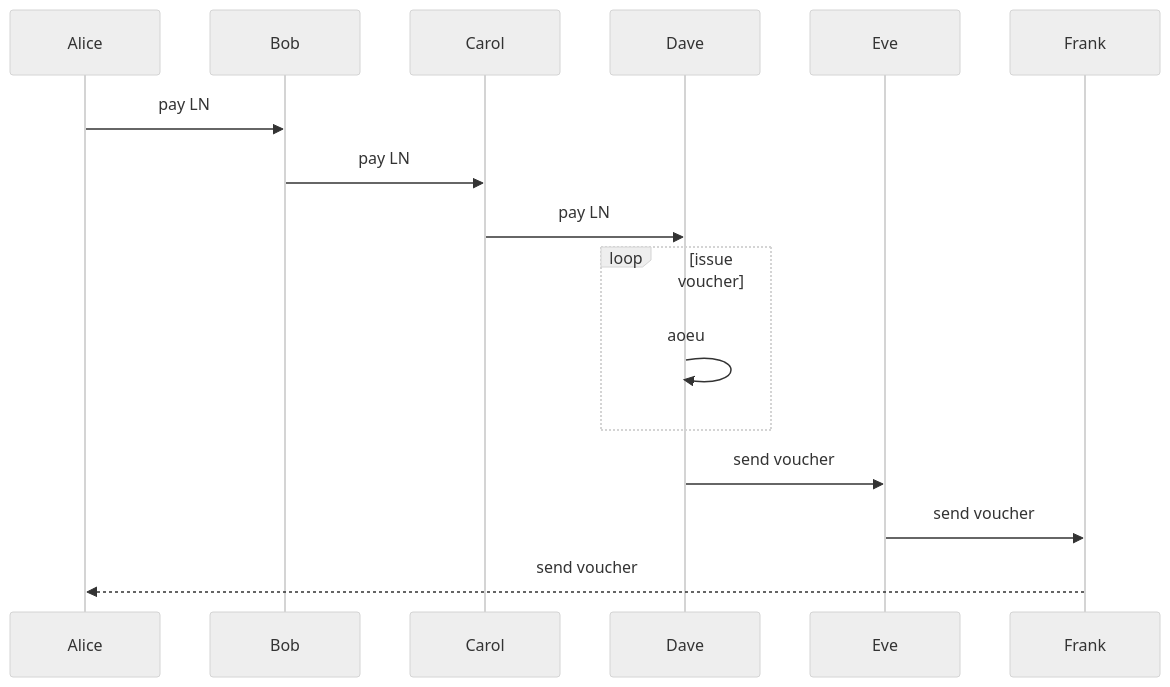
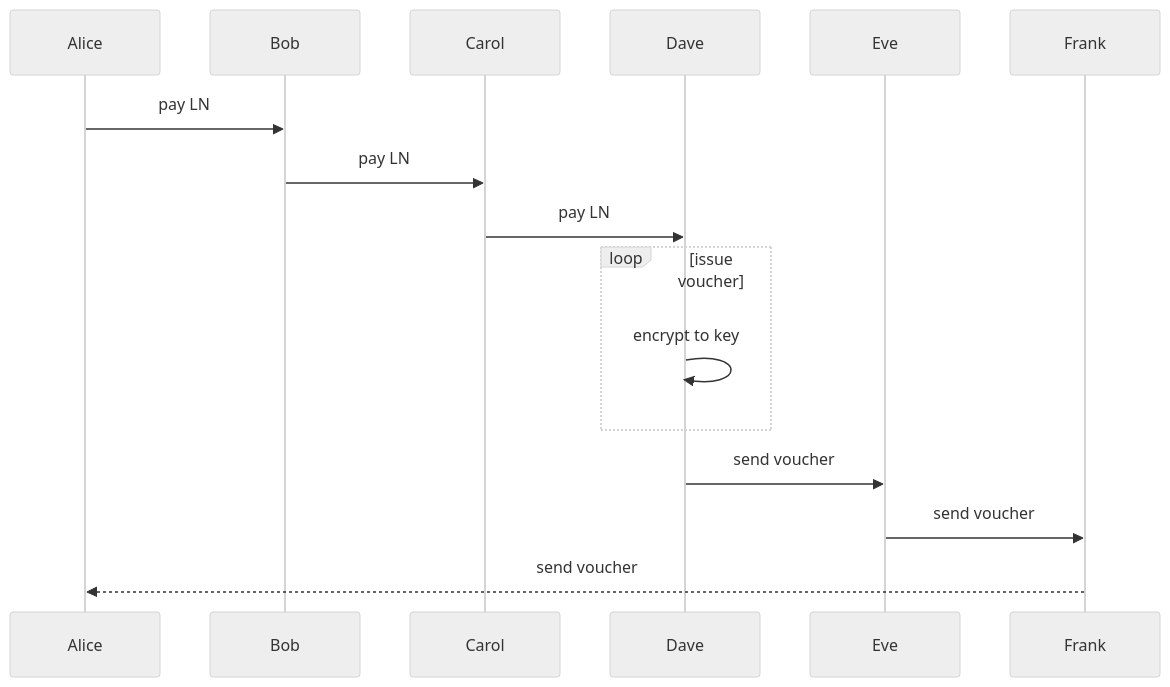
The diagram in doc/whitepaper.md (indra-labs/indra), drawn with Mermaid (neutral theme) before and after one commit. The commit also changed other lines of this file and 1 other file, not shown here.

````diff
--- a/doc/whitepaper.md
+++ b/doc/whitepaper.md
@@ -23,12 +23,12 @@
 ```mermaid
   sequenceDiagram
     Alice->>Bob: pay LN
     Bob->>Carol: pay LN
     Carol->>Dave: pay LN
     loop issue voucher
-    	Dave->>Dave: aoeu
+    	Dave->>Dave: encrypt to key
     end
     Dave->>Eve: send voucher
     Eve->>Frank: send voucher
     Frank-->>Alice: send voucher
 ```
````
